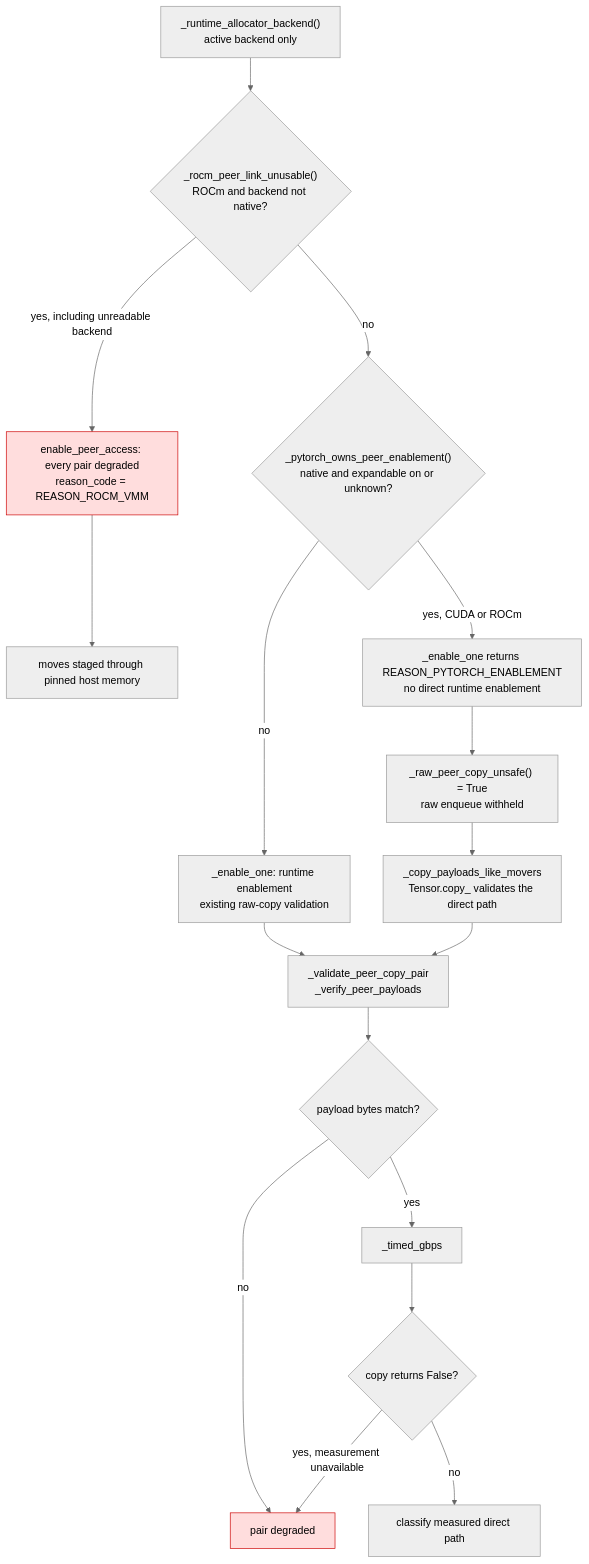
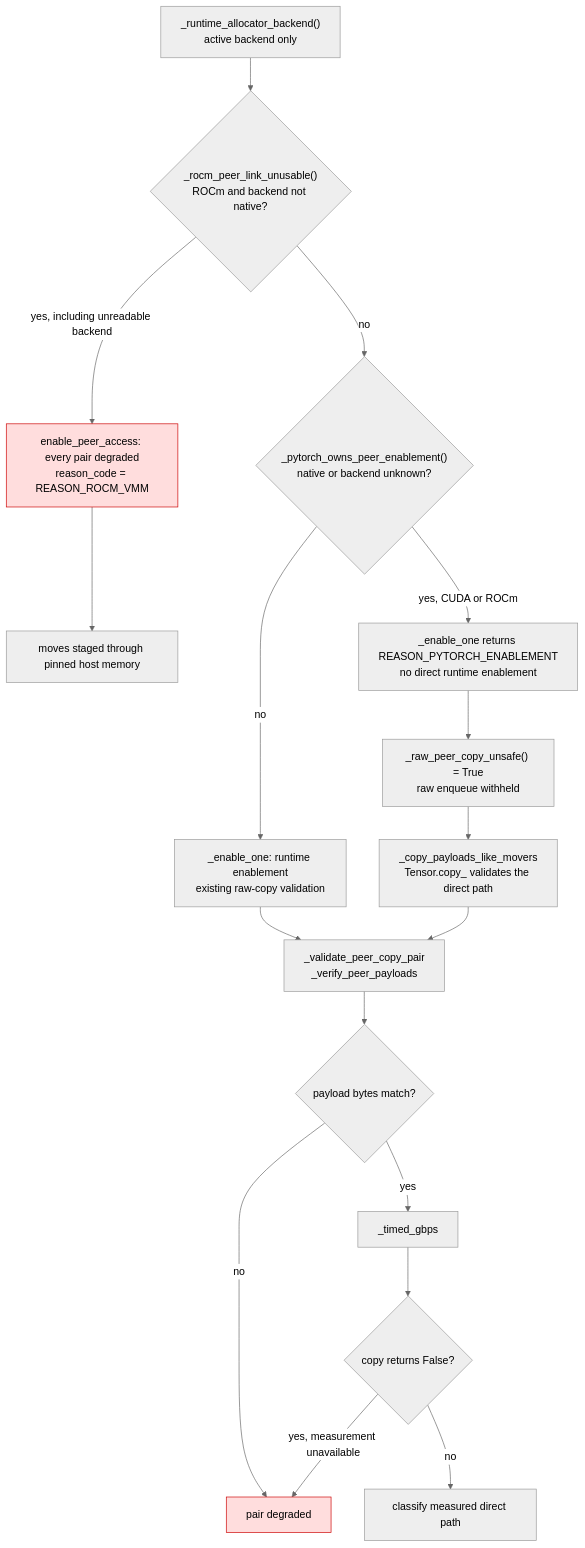
The second of 2 diagrams in docs/multi_gpu_quantization.md (ModelCloud/GPTQModel), drawn with Mermaid (neutral theme) before and after one commit. The commit also changed other lines of this file and 4 other files, not shown here.

````diff
--- a/docs/multi_gpu_quantization.md
+++ b/docs/multi_gpu_quantization.md
@@ -190,21 +190,21 @@
 ```mermaid
 flowchart TD
     A["_runtime_allocator_backend()<br/>active backend only"] --> B{"_rocm_peer_link_unusable()<br/>ROCm and backend not native?"}
     B -- "yes, including unreadable backend" --> C["enable_peer_access: every pair degraded<br/>reason_code = REASON_ROCM_VMM"]
     C --> D["moves staged through pinned host memory"]
-    B -- "no" --> F{"_pytorch_owns_peer_enablement()<br/>native and expandable on or unknown?"}
+    B -- "no" --> F{"_pytorch_owns_peer_enablement()<br/>native or backend unknown?"}
     F -- "no" --> G["_enable_one: runtime enablement<br/>existing raw-copy validation"]
     F -- "yes, CUDA or ROCm" --> H["_enable_one returns REASON_PYTORCH_ENABLEMENT<br/>no direct runtime enablement"]
     H --> I["_raw_peer_copy_unsafe() = True<br/>raw enqueue withheld"]
     I --> J["_copy_payloads_like_movers<br/>Tensor.copy_ validates the direct path"]
     G --> O["_validate_peer_copy_pair<br/>_verify_peer_payloads"]
     J --> O
     O --> P{"payload bytes match?"}
     P -- "no" --> M["pair degraded"]
     P -- "yes" --> K["_timed_gbps"]
     K --> L{"copy returns False?"}
     L -- "yes, measurement unavailable" --> M
     L -- "no" --> N["classify measured direct path"]
     style C fill:#ffdddd,stroke:#cc0000
     style M fill:#ffdddd,stroke:#cc0000
 ```
````
